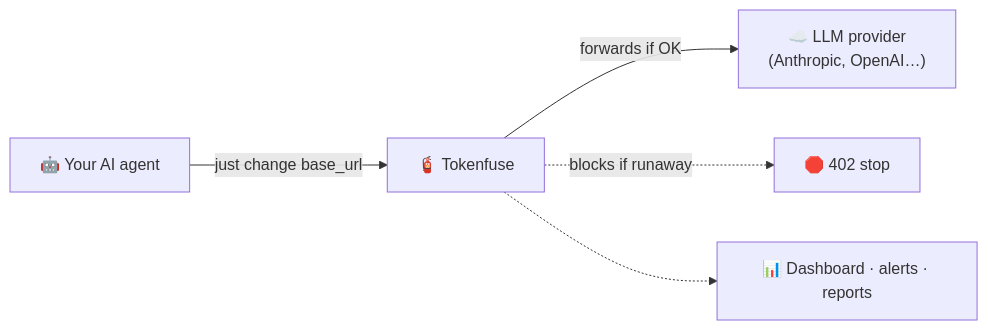
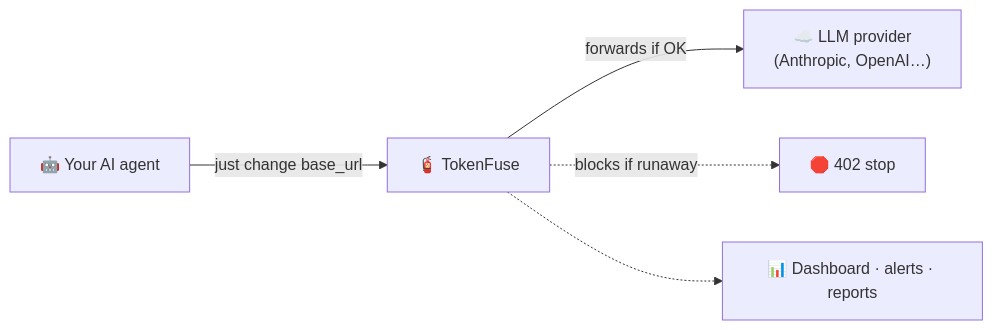
Before and after one commit to TAIPANBOX/tokenfuse: the first of 5 diagrams in README.md, drawn with Mermaid. The commit also changed other lines of this file and 20 other files, not shown here.

First line of the commit message:
chore: brand as "TokenFuse" in prose (keep tokenfuse for identifiers)

````diff
--- a/README.md
+++ b/README.md
@@ -29,7 +29,7 @@
 ```mermaid
 flowchart LR
-    A["🤖 Your AI agent"] -->|"just change base_url"| T["🧯 Tokenfuse"]
+    A["🤖 Your AI agent"] -->|"just change base_url"| T["🧯 TokenFuse"]
     T -->|"forwards if OK"| P["☁️ LLM provider<br/>(Anthropic, OpenAI…)"]
     T -.->|"blocks if runaway"| X["🛑 402 stop"]
     T -.-> D["📊 Dashboard · alerts · reports"]
 ```
````
